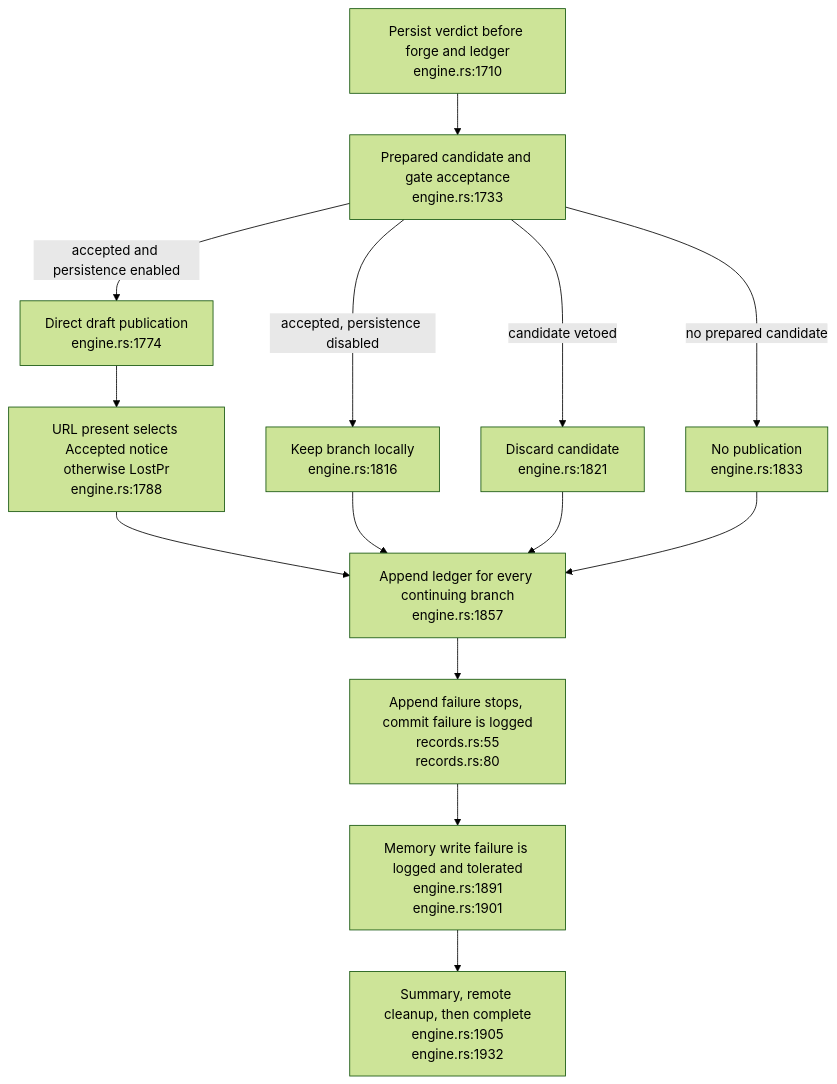
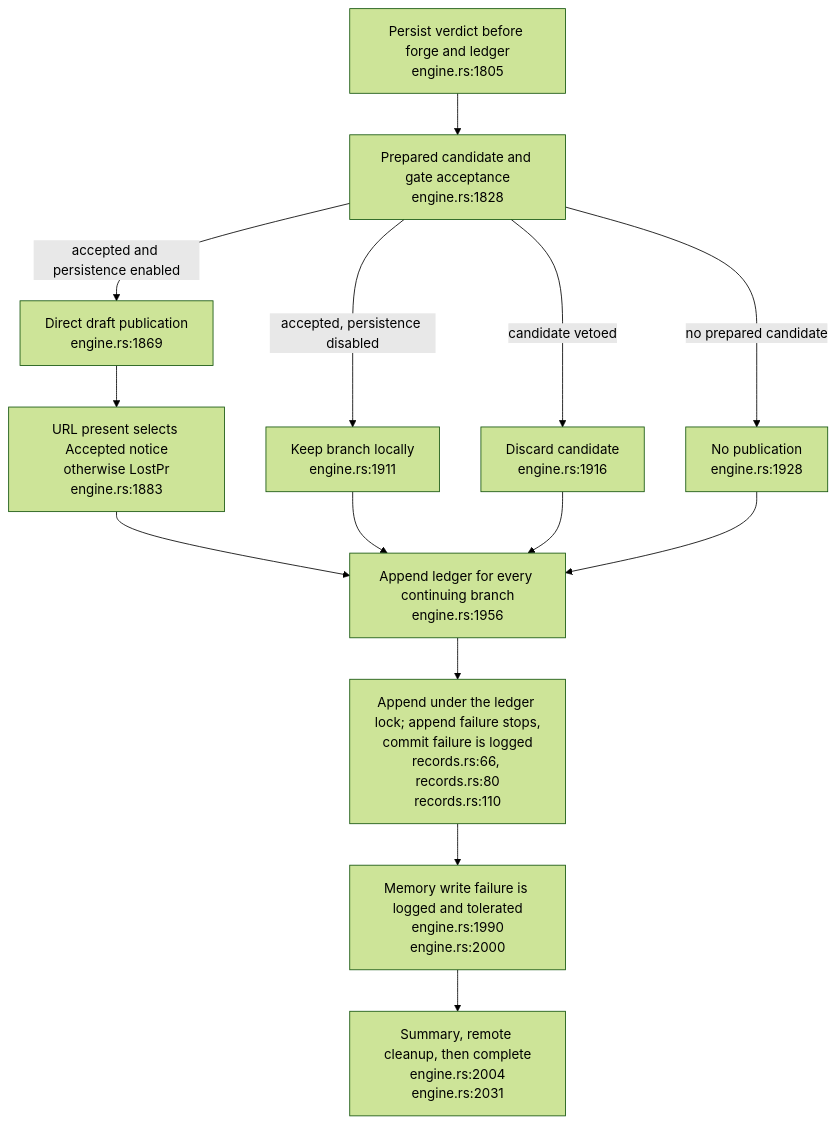
Before and after one commit to DreamLab-AI/VisionFlow: the sixth of 24 diagrams in docs/diagrams/agentbox/23-dream-engine.md, drawn with Mermaid (forest theme). The commit also changed other lines of this file, not shown here.

First line of the commit message:
docs(diagrams): re-stamp AB-23 dream engine at agentbox 720e0d896 and dream-engine b40d507

````diff
--- a/docs/diagrams/agentbox/23-dream-engine.md
+++ b/docs/diagrams/agentbox/23-dream-engine.md
@@ -259,16 +259,16 @@
 ```mermaid
 flowchart TB
-    PERSIST["Persist verdict before forge and ledger<br/>engine.rs:1710"] --> CHOOSE["Prepared candidate and gate acceptance<br/>engine.rs:1733"]
-    CHOOSE -->|"accepted and persistence enabled"| PUSH["Direct draft publication<br/>engine.rs:1774"]
-    CHOOSE -->|"accepted, persistence disabled"| LOCAL["Keep branch locally<br/>engine.rs:1816"]
-    CHOOSE -->|"candidate vetoed"| DISCARD["Discard candidate<br/>engine.rs:1821"]
-    CHOOSE -->|"no prepared candidate"| NONE["No publication<br/>engine.rs:1833"]
-    PUSH --> RESULT["URL present selects Accepted notice<br/>otherwise LostPr<br/>engine.rs:1788"]
-    RESULT --> LED["Append ledger for every continuing branch<br/>engine.rs:1857"]
+    PERSIST["Persist verdict before forge and ledger<br/>engine.rs:1805"] --> CHOOSE["Prepared candidate and gate acceptance<br/>engine.rs:1828"]
+    CHOOSE -->|"accepted and persistence enabled"| PUSH["Direct draft publication<br/>engine.rs:1869"]
+    CHOOSE -->|"accepted, persistence disabled"| LOCAL["Keep branch locally<br/>engine.rs:1911"]
+    CHOOSE -->|"candidate vetoed"| DISCARD["Discard candidate<br/>engine.rs:1916"]
+    CHOOSE -->|"no prepared candidate"| NONE["No publication<br/>engine.rs:1928"]
+    PUSH --> RESULT["URL present selects Accepted notice<br/>otherwise LostPr<br/>engine.rs:1883"]
+    RESULT --> LED["Append ledger for every continuing branch<br/>engine.rs:1956"]
     LOCAL --> LED
     DISCARD --> LED
     NONE --> LED
-    LED --> COMMIT["Append failure stops, commit failure is logged<br/>records.rs:55<br/>records.rs:80"]
-    COMMIT --> MEMORY["Memory write failure is logged and tolerated<br/>engine.rs:1891<br/>engine.rs:1901"]
-    MEMORY --> COMPLETE["Summary, remote cleanup, then complete<br/>engine.rs:1905<br/>engine.rs:1932"]
+    LED --> COMMIT["Append under the ledger lock; append failure stops,<br/>commit failure is logged<br/>records.rs:66, records.rs:80<br/>records.rs:110"]
+    COMMIT --> MEMORY["Memory write failure is logged and tolerated<br/>engine.rs:1990<br/>engine.rs:2000"]
+    MEMORY --> COMPLETE["Summary, remote cleanup, then complete<br/>engine.rs:2004<br/>engine.rs:2031"]
 ```
````
